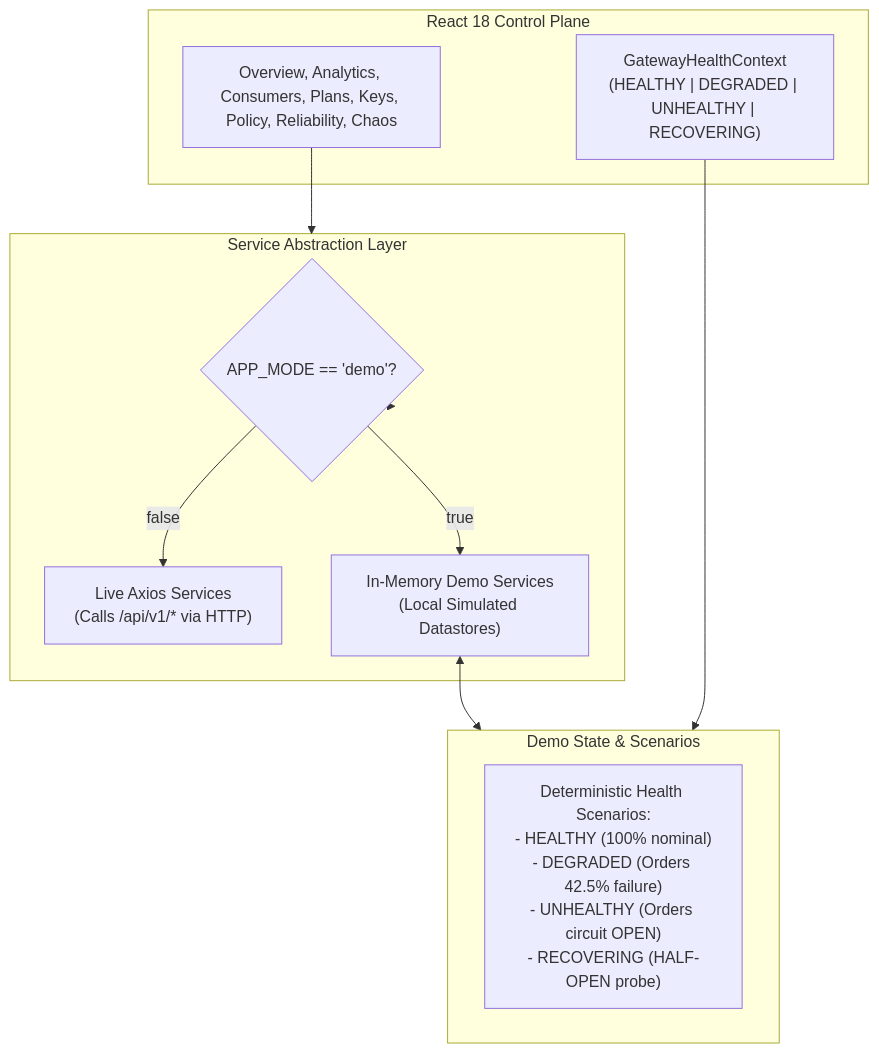
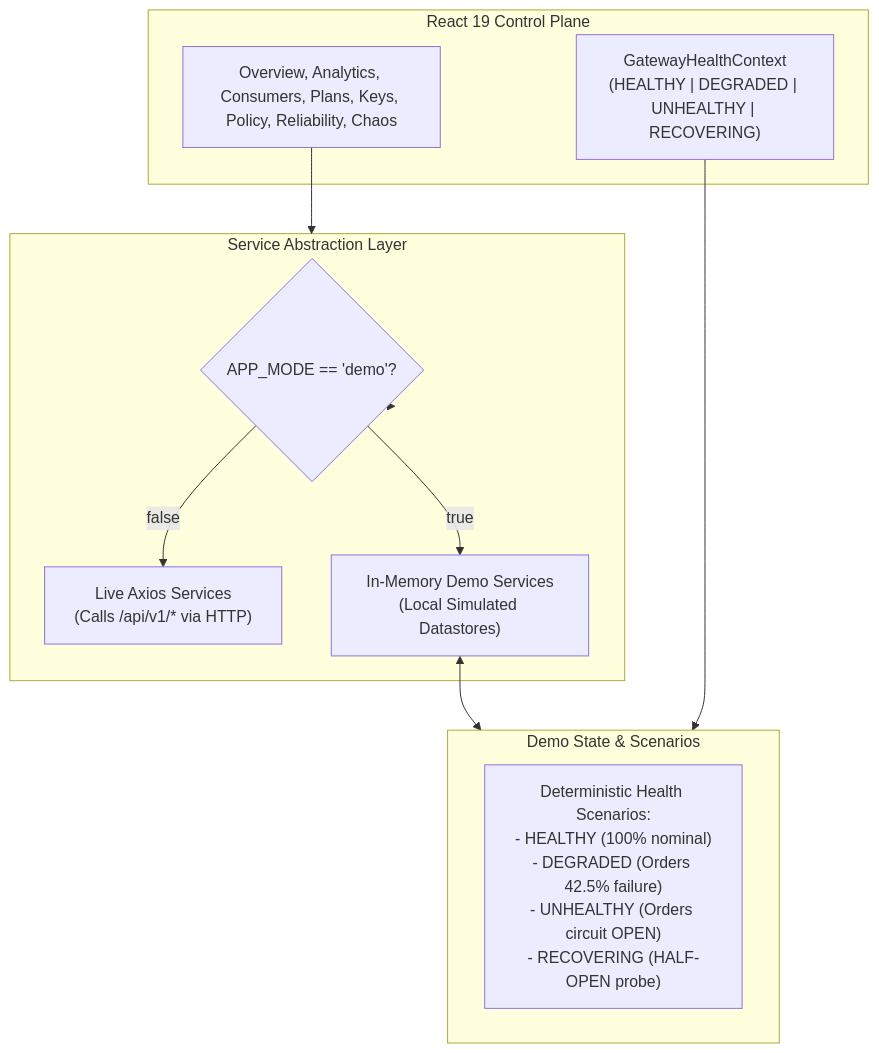
The seventh of 7 diagrams in docs/ARCHITECTURE.md (saipranav22-commits/gatekeeper), drawn with Mermaid before and after one commit. The commit also changed other lines of this file and 9 other files, not shown here.

````diff
--- a/docs/ARCHITECTURE.md
+++ b/docs/ARCHITECTURE.md
@@ -209,24 +209,24 @@
 ```mermaid
 flowchart TD
-    subgraph UI["React 18 Control Plane"]
+    subgraph UI["React 19 Control Plane"]
         Pages["Overview, Analytics, Consumers, Plans, Keys, Policy, Reliability, Chaos"]
         HealthContext["GatewayHealthContext\n(HEALTHY | DEGRADED | UNHEALTHY | RECOVERING)"]
     end
 
     subgraph ServiceLayer["Service Abstraction Layer"]
         AppMode{"APP_MODE == 'demo'?"}
         LiveServices["Live Axios Services\n(Calls /api/v1/* via HTTP)"]
         DemoServices["In-Memory Demo Services\n(Local Simulated Datastores)"]
     end
 
     subgraph DemoEngine["Demo State & Scenarios"]
         Scenarios["Deterministic Health Scenarios:\n- HEALTHY (100% nominal)\n- DEGRADED (Orders 42.5% failure)\n- UNHEALTHY (Orders circuit OPEN)\n- RECOVERING (HALF-OPEN probe)"]
     end
 
     Pages --> ServiceLayer
     ServiceLayer --> AppMode
     AppMode -->|false| LiveServices
     AppMode -->|true| DemoServices
     DemoServices <--> DemoEngine
     HealthContext --> DemoEngine
 ```
````
